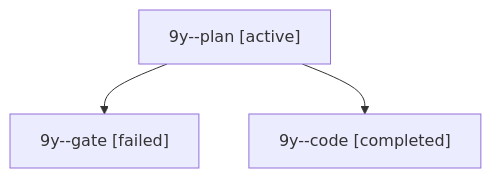
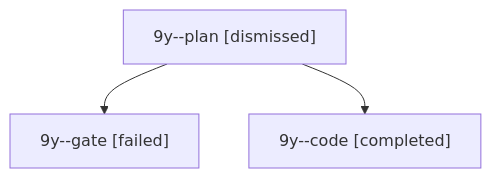
Before and after one commit to bobs-org/bob-cli--agents: the diagram in sessions/bbugyi200.apollo.9y.md, drawn with Mermaid. The commit also changed other lines of this file and 35 other files, not shown here.

````diff
--- a/sessions/bbugyi200.apollo.9y.md
+++ b/sessions/bbugyi200.apollo.9y.md
@@ -9,8 +9,8 @@
 ```mermaid
 flowchart TD
-  n0["9y--plan [active]"]
+  n0["9y--plan [dismissed]"]
   n1["9y--gate [failed]"]
   n0 --> n1
   n2["9y--code [completed]"]
   n0 --> n2
 ```
````
